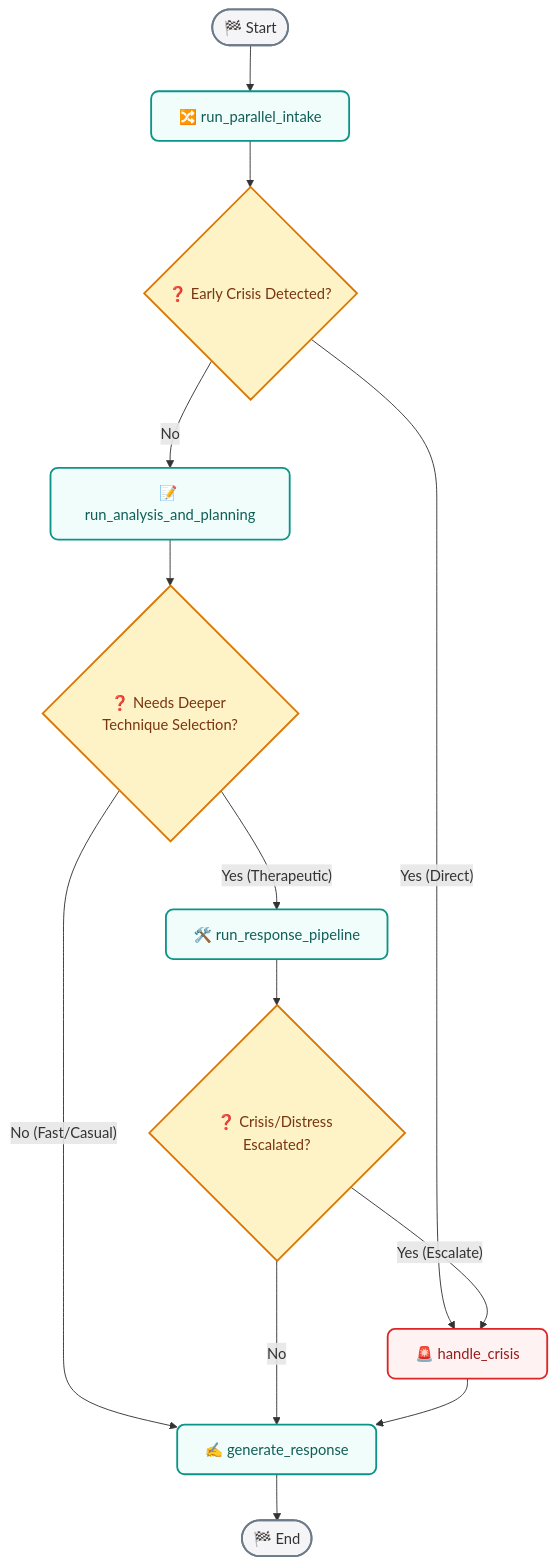
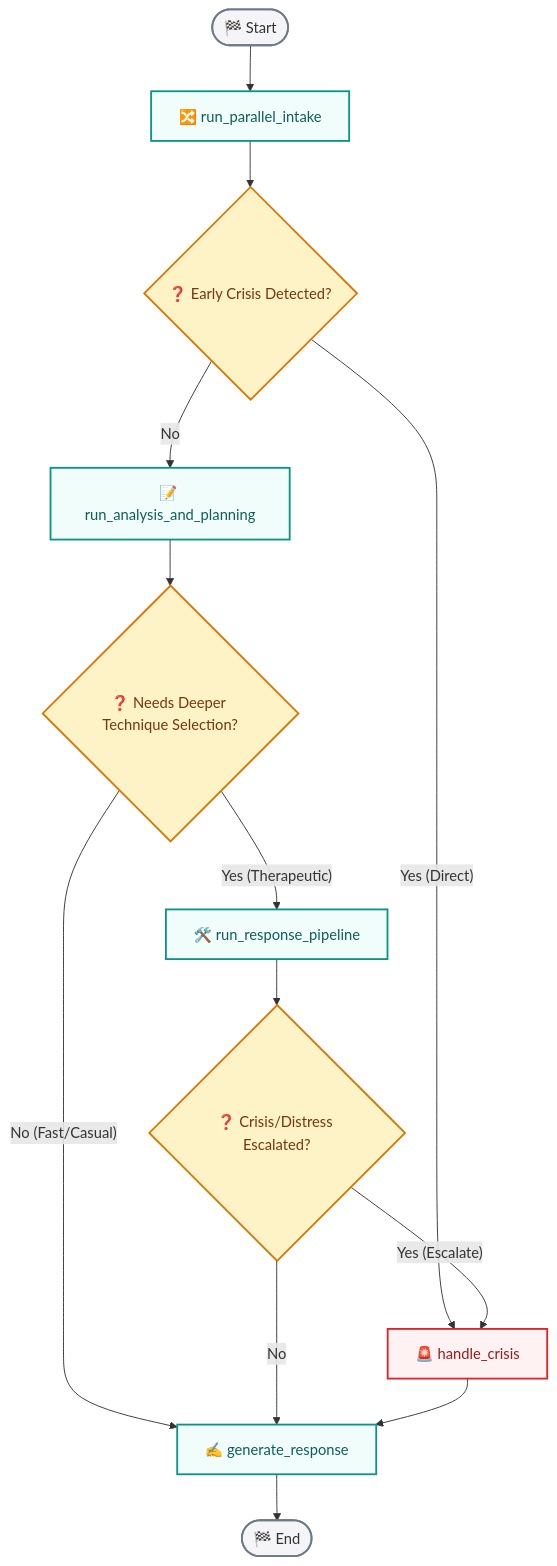
Before and after one commit to taha-mehmood-03/Personlaized-Trainer-Using-Agentic-AI: diagram 11 of 21 in README.md, drawn with Mermaid. The commit also changed other lines of this file and 87 other files, not shown here.

````diff
--- a/README.md
+++ b/README.md
@@ -738,32 +891,32 @@
 ```mermaid
 flowchart TD
     %% Class Definitions
-    classDef startend fill:#F5F5F7,stroke:#6C7A89,stroke-width:2px,color:#333,rx:20px,ry:20px;
-    classDef node fill:#F0FDFA,stroke:#0D9488,stroke-width:2px,color:#115E59,rx:8px,ry:8px;
+    classDef startend fill:#F5F5F7,stroke:#6C7A89,stroke-width:2px,color:#333;
+    classDef node fill:#F0FDFA,stroke:#0D9488,stroke-width:2px,color:#115E59;
     classDef decision fill:#FEF3C7,stroke:#D97706,stroke-width:2px,color:#78350F;
-    classDef crisis fill:#FEF2F2,stroke:#DC2626,stroke-width:2px,color:#991B1B,rx:8px,ry:8px;
+    classDef crisis fill:#FEF2F2,stroke:#DC2626,stroke-width:2px,color:#991B1B;
 
     Start([🏁 Start]):::startend
     Intake["🔀 run_parallel_intake"]:::node
     CrisisGate{"❓ Early Crisis Detected?"}:::decision
     Planning["📝 run_analysis_and_planning"]:::node
     NeedsPipeline{"❓ Needs Deeper Technique Selection?"}:::decision
     Pipeline["🛠️ run_response_pipeline"]:::node
     PipelineCrisis{"❓ Crisis/Distress Escalated?"}:::decision
     Crisis["🚨 handle_crisis"]:::crisis
     Response["✍️ generate_response"]:::node
     End([🏁 End]):::startend
 
     Start --> Intake
     Intake --> CrisisGate
     CrisisGate -- Yes (Direct) --> Crisis
     CrisisGate -- No --> Planning
     Planning --> NeedsPipeline
     NeedsPipeline -- No (Fast/Casual) --> Response
     NeedsPipeline -- Yes (Therapeutic) --> Pipeline
     Pipeline --> PipelineCrisis
     PipelineCrisis -- Yes (Escalate) --> Crisis
     PipelineCrisis -- No --> Response
     Crisis --> Response
     Response --> End
 ```
````
